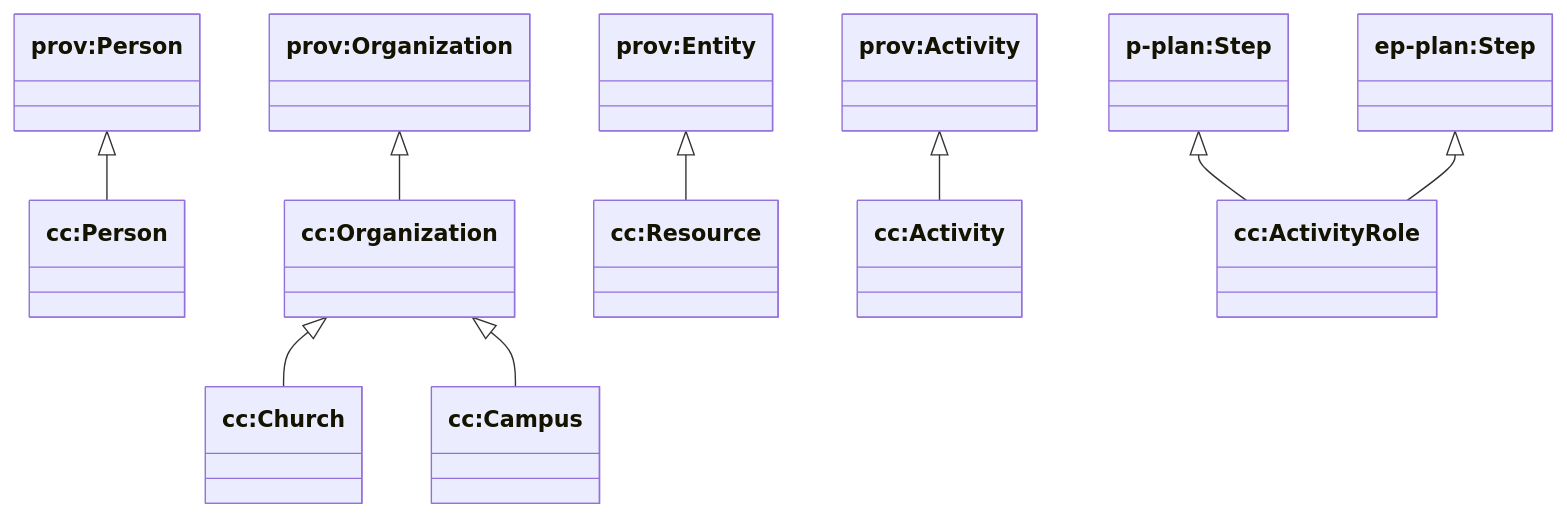
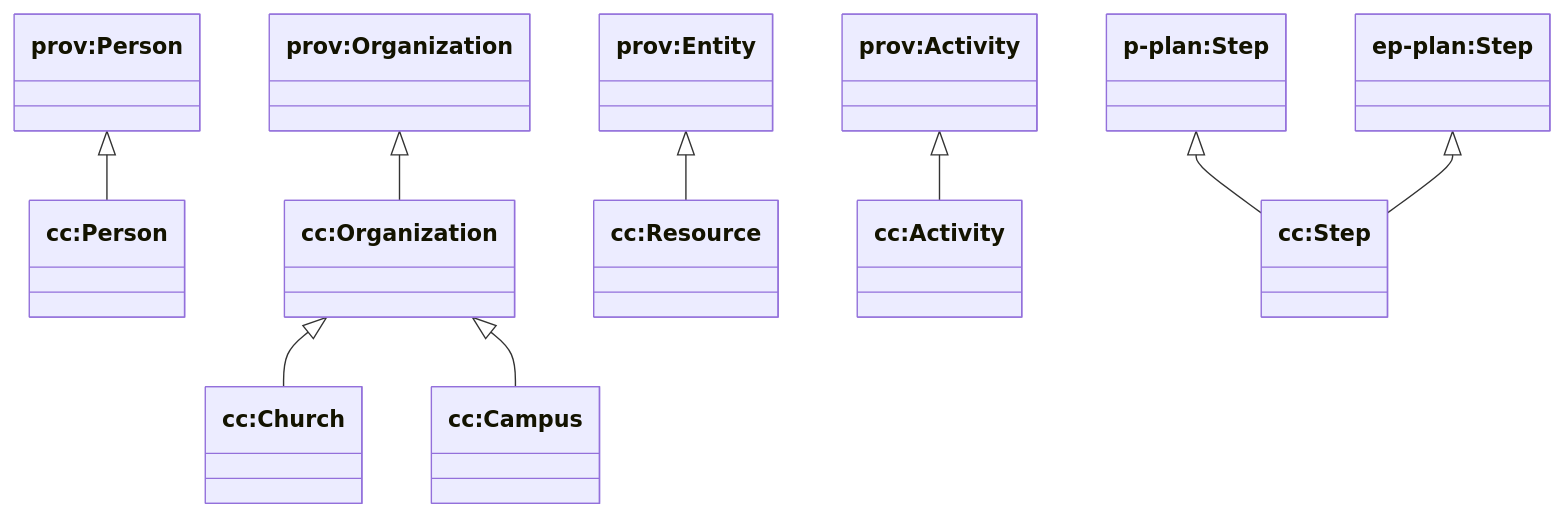
The first of 2 diagrams in packages/churchcore-ontology/docs/ontology/core.md (RichCanvas3/churchcore), drawn with Mermaid before and after one commit. The commit also changed other lines of this file and 12 other files, not shown here.

Commit message:
changed ActivityRole to Step

````diff
--- a/packages/churchcore-ontology/docs/ontology/core.md
+++ b/packages/churchcore-ontology/docs/ontology/core.md
@@ -19,28 +19,28 @@
 ```mermaid
 classDiagram
 direction TB
 
 class prov_Person["prov:Person"]
 class prov_Organization["prov:Organization"]
 class prov_Entity["prov:Entity"]
 class prov_Activity["prov:Activity"]
 class pplan_Step["p-plan:Step"]
 class epplan_Step["ep-plan:Step"]
 
 class cc_Person["cc:Person"]
 class cc_Organization["cc:Organization"]
 class cc_Church["cc:Church"]
 class cc_Campus["cc:Campus"]
 class cc_Resource["cc:Resource"]
 class cc_Activity["cc:Activity"]
-class cc_ActivityRole["cc:ActivityRole"]
+class cc_Step["cc:Step"]
 
 prov_Person <|-- cc_Person
 prov_Organization <|-- cc_Organization
 cc_Organization <|-- cc_Church
 cc_Organization <|-- cc_Campus
 prov_Entity <|-- cc_Resource
 prov_Activity <|-- cc_Activity
-pplan_Step <|-- cc_ActivityRole
-epplan_Step <|-- cc_ActivityRole
+pplan_Step <|-- cc_Step
+epplan_Step <|-- cc_Step
 ```
````
